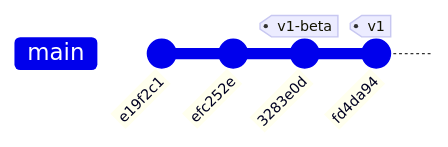
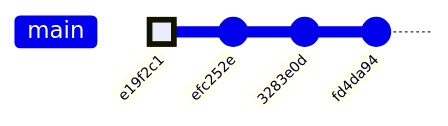
One commit to aulasoftwarelibre/taller-de-git changed the fourth of 5 diagrams in docs/usobasico.md. Above: the diagram before and after it, drawn with Mermaid. The commit also changed other lines of this file and 3 other files, not shown here.

````diff
--- a/docs/usobasico.md
+++ b/docs/usobasico.md
@@ -474,7 +489,7 @@
-    ```mermaid
-    gitGraph:
-        commit id: "e19f2c1"
-        commit id: "efc252e"
-        commit id: "3283e0d" tag: "v1-beta"
-        commit id: "fd4da94" tag: "v1"
-    ```
+```mermaid
+gitGraph:
+    commit id: "e19f2c1" type: HIGHLIGHT
+    commit id: "efc252e"
+    commit id: "3283e0d"
+    commit id: "fd4da94"
+```
````
